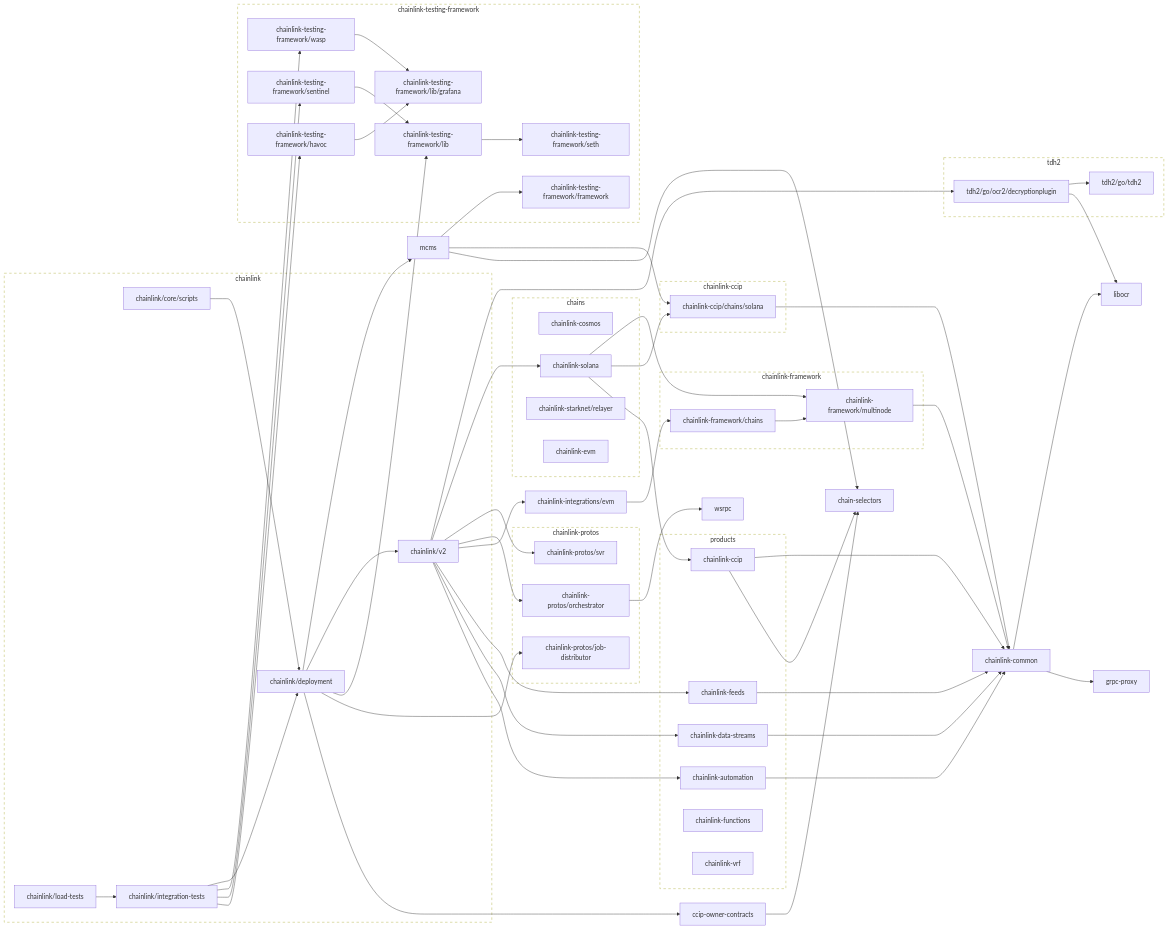
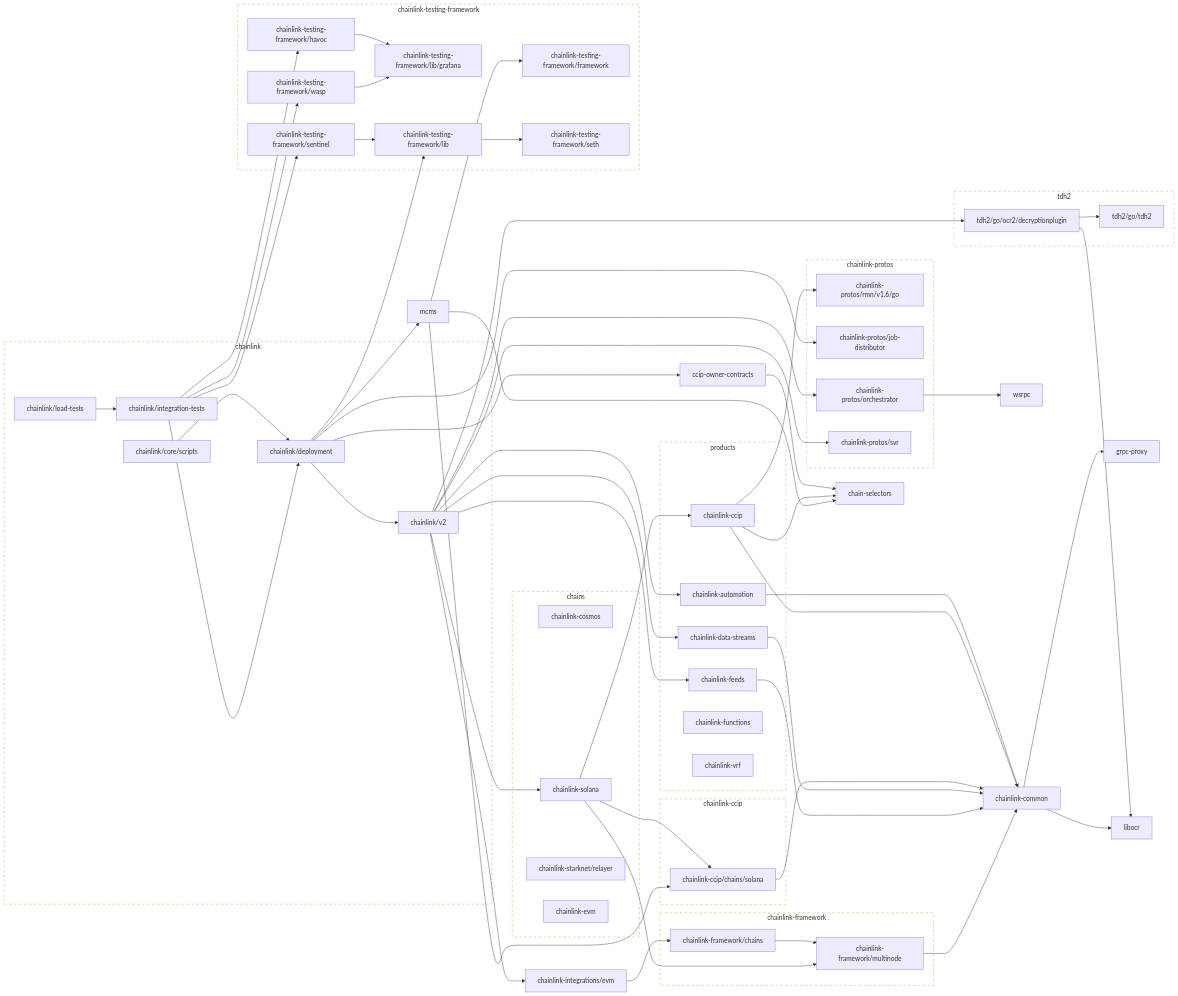
Before and after one commit to JohnDaWalka/chainlink: the second of 2 diagrams in go.md, drawn with Mermaid. The commit also changed other lines of this file, not shown here.

Commit message:
make gomodtidy

```diff
--- a/go.md
+++ b/go.md
@@ -129,6 +133,7 @@
 	click chainlink-automation href "https://github.com/smartcontractkit/chainlink-automation"
 	chainlink-ccip --> chain-selectors
 	chainlink-ccip --> chainlink-common
+	chainlink-ccip --> chainlink-protos/rmn/v1.6/go
 	click chainlink-ccip href "https://github.com/smartcontractkit/chainlink-ccip"
 	chainlink-ccip/chains/solana --> chainlink-common
 	click chainlink-ccip/chains/solana href "https://github.com/smartcontractkit/chainlink-ccip"
@@ -149,6 +154,8 @@
 	click chainlink-protos/job-distributor href "https://github.com/smartcontractkit/chainlink-protos"
 	chainlink-protos/orchestrator --> wsrpc
 	click chainlink-protos/orchestrator href "https://github.com/smartcontractkit/chainlink-protos"
+	chainlink-protos/rmn/v1.6/go
+	click chainlink-protos/rmn/v1.6/go href "https://github.com/smartcontractkit/chainlink-protos"
 	chainlink-protos/svr
 	click chainlink-protos/svr href "https://github.com/smartcontractkit/chainlink-protos"
 	chainlink-solana --> chainlink-ccip
@@ -233,6 +240,7 @@
 	subgraph chainlink-protos-repo[chainlink-protos]
 		 chainlink-protos/job-distributor
 		 chainlink-protos/orchestrator
+		 chainlink-protos/rmn/v1.6/go
 		 chainlink-protos/svr
 	end
 	click chainlink-protos-repo href "https://github.com/smartcontractkit/chainlink-protos"
```
